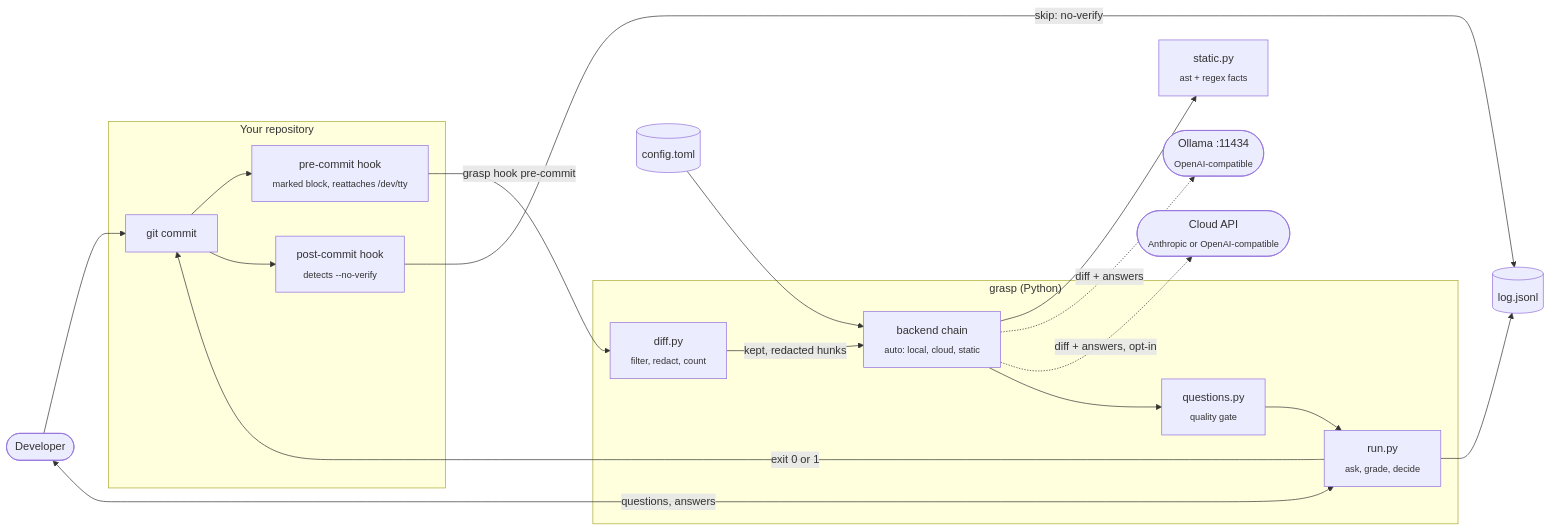
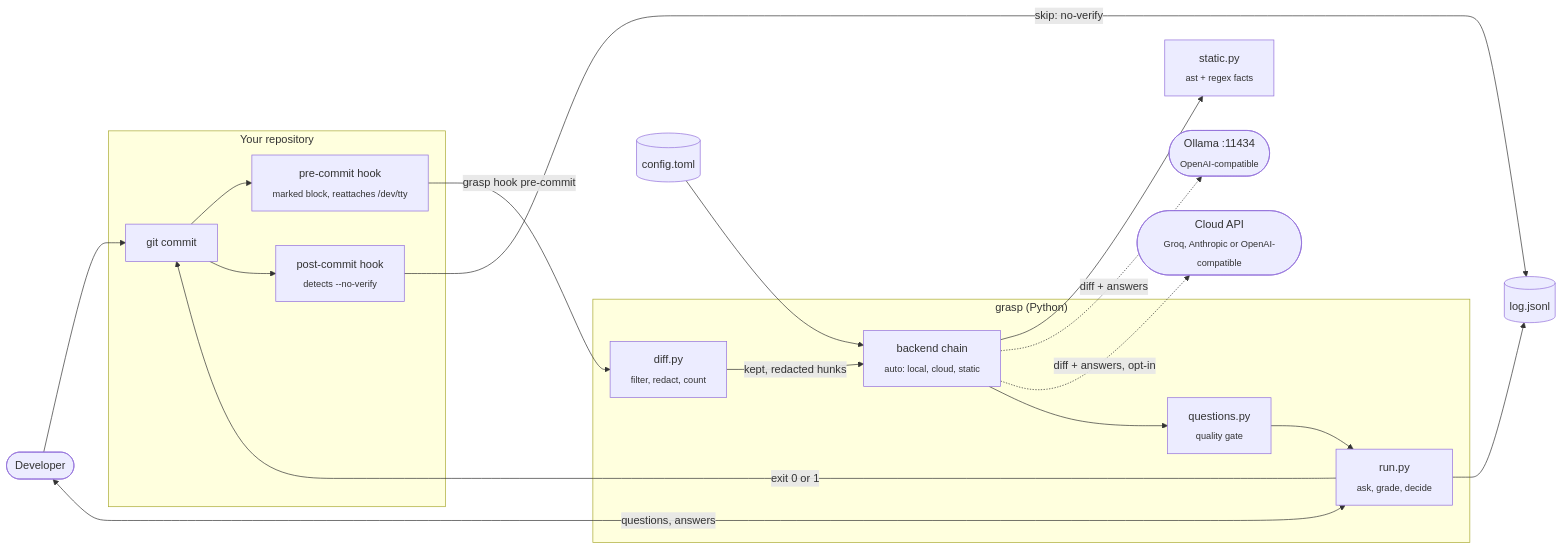
One commit to teddycitrus/grasp changed the first of 2 diagrams in README.md. Above: the diagram before and after it, drawn with Mermaid. The commit also changed other lines of this file and 6 other files, not shown here.

````diff
--- a/README.md
+++ b/README.md
@@ -131,32 +131,32 @@
 ```mermaid
 flowchart LR
     dev([Developer])
     subgraph repo["Your repository"]
         git["git commit"]
         pre["pre-commit hook<br/><sub>marked block, reattaches /dev/tty</sub>"]
         post["post-commit hook<br/><sub>detects --no-verify</sub>"]
     end
     subgraph grasp["grasp (Python)"]
         diff["diff.py<br/><sub>filter, redact, count</sub>"]
         chain["backend chain<br/><sub>auto: local, cloud, static</sub>"]
         gate["questions.py<br/><sub>quality gate</sub>"]
         ask["run.py<br/><sub>ask, grade, decide</sub>"]
     end
     static["static.py<br/><sub>ast + regex facts</sub>"]
     ollama(["Ollama :11434<br/><sub>OpenAI-compatible</sub>"])
-    cloud(["Cloud API<br/><sub>Anthropic or OpenAI-compatible</sub>"])
+    cloud(["Cloud API<br/><sub>Groq, Anthropic or OpenAI-compatible</sub>"])
     cfg[("config.toml")]
     log[("log.jsonl")]
 
     dev --> git --> pre -->|"grasp hook pre-commit"| diff
     diff -->|"kept, redacted hunks"| chain
     chain --> static
     chain -.->|"diff + answers"| ollama
     chain -.->|"diff + answers, opt-in"| cloud
     chain --> gate --> ask
     ask <-->|"questions, answers"| dev
     ask -->|"exit 0 or 1"| git
     ask --> log
     cfg --> chain
     git --> post -->|"skip: no-verify"| log
 ```
````
